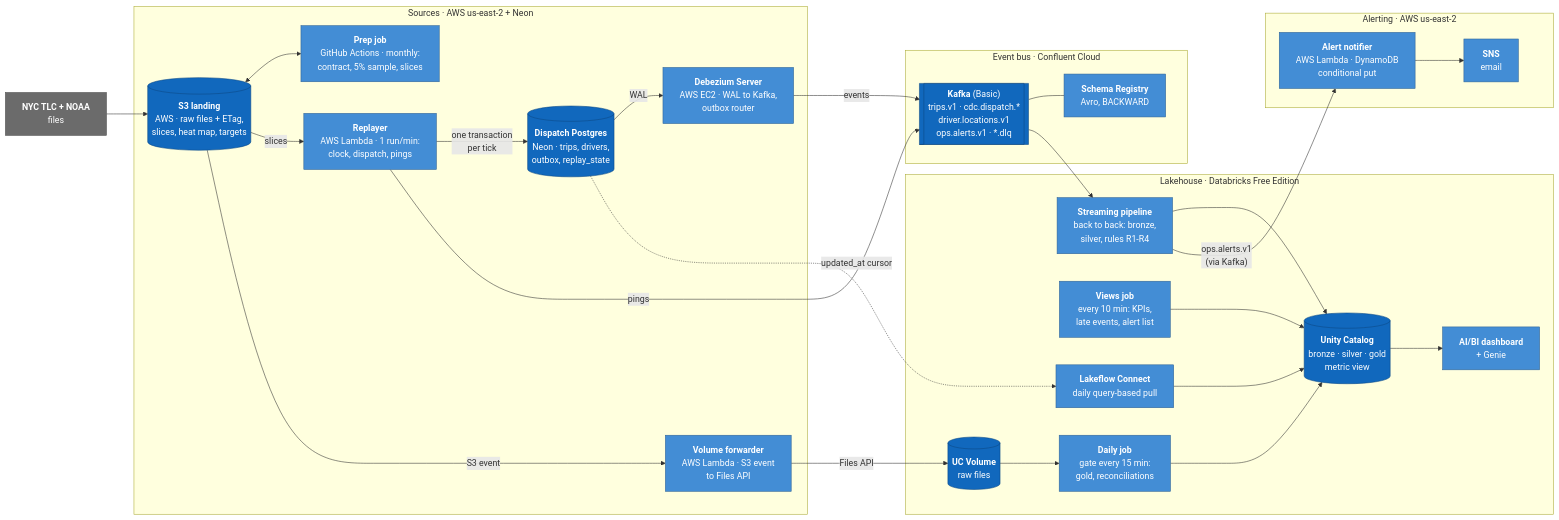
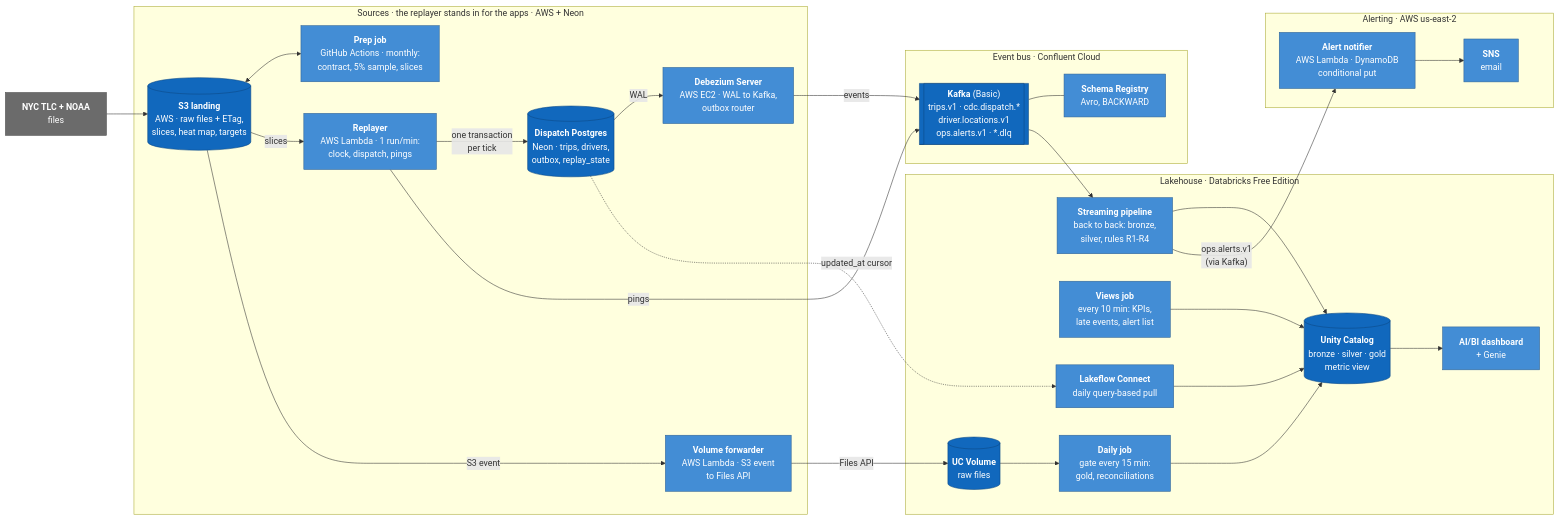
The second of 4 diagrams in docs/design/c4.md (haotieu2001/ridepulse), drawn with Mermaid before and after one commit. The commit also changed other lines of this file and 2 other files, not shown here.

First line of the commit message:
Diagrams: the replayer shown as the stand-in for the apps, RideDesk out, the lakehouse redrawn to what runs

````diff
--- a/docs/design/c4.md
+++ b/docs/design/c4.md
@@ -46,58 +52,58 @@
 ```mermaid
 flowchart LR
     src["<b>NYC TLC + NOAA</b><br/>files"]
 
-    subgraph sources["Sources · AWS us-east-2 + Neon"]
+    subgraph sources["Sources · the replayer stands in for the apps · AWS + Neon"]
         s3[("<b>S3 landing</b><br/>AWS · raw files + ETag,<br/>slices, heat map, targets")]
         prep["<b>Prep job</b><br/>GitHub Actions · monthly:<br/>contract, 5% sample, slices"]
         rep["<b>Replayer</b><br/>AWS Lambda · 1 run/min:<br/>clock, dispatch, pings"]
         pg[("<b>Dispatch Postgres</b><br/>Neon · trips, drivers,<br/>outbox, replay_state")]
         dbz["<b>Debezium Server</b><br/>AWS EC2 · WAL to Kafka,<br/>outbox router"]
         fwd["<b>Volume forwarder</b><br/>AWS Lambda · S3 event<br/>to Files API"]
     end
 
     subgraph bus["Event bus · Confluent Cloud"]
         kafka[["<b>Kafka</b> (Basic)<br/>trips.v1 · cdc.dispatch.*<br/>driver.locations.v1<br/>ops.alerts.v1 · *.dlq"]]
         sr["<b>Schema Registry</b><br/>Avro, BACKWARD"]
     end
 
     subgraph lake["Lakehouse · Databricks Free Edition"]
         stream["<b>Streaming pipeline</b><br/>back to back: bronze,<br/>silver, rules R1-R4"]
         views["<b>Views job</b><br/>every 10 min: KPIs,<br/>late events, alert list"]
         lfc["<b>Lakeflow Connect</b><br/>daily query-based pull"]
         vol[("<b>UC Volume</b><br/>raw files")]
         daily["<b>Daily job</b><br/>gate every 15 min:<br/>gold, reconciliations"]
         uc[("<b>Unity Catalog</b><br/>bronze · silver · gold<br/>metric view")]
         bi["<b>AI/BI dashboard</b><br/>+ Genie"]
     end
 
     subgraph alerting["Alerting · AWS us-east-2"]
         notif["<b>Alert notifier</b><br/>AWS Lambda · DynamoDB<br/>conditional put"]
         sns["<b>SNS</b><br/>email"]
     end
 
     src --> s3
     s3 <--> prep
     s3 -- "slices" --> rep
     rep -- "one transaction<br/>per tick" --> pg
     pg -- "WAL" --> dbz
     s3 -- "S3 event" --> fwd
     rep -- "pings" --> kafka
     dbz -- "events" --> kafka
     kafka --- sr
     kafka --> stream
     pg -. "updated_at cursor" .-> lfc
     fwd -- "Files API" --> vol
     vol --> daily
     stream & lfc & daily & views --> uc
     uc --> bi
     stream -- "ops.alerts.v1<br/>(via Kafka)" --> notif
     notif --> sns
 
     classDef store fill:#1168bd,stroke:#0b4884,color:#fff
     classDef box fill:#438dd5,stroke:#2e6295,color:#fff
     classDef ext fill:#6b6b6b,stroke:#4d4d4d,color:#fff
     class s3,pg,kafka,vol,uc store
     class prep,rep,fwd,dbz,notif,sns,sr,stream,views,lfc,daily,bi box
     class src ext
 ```
````
